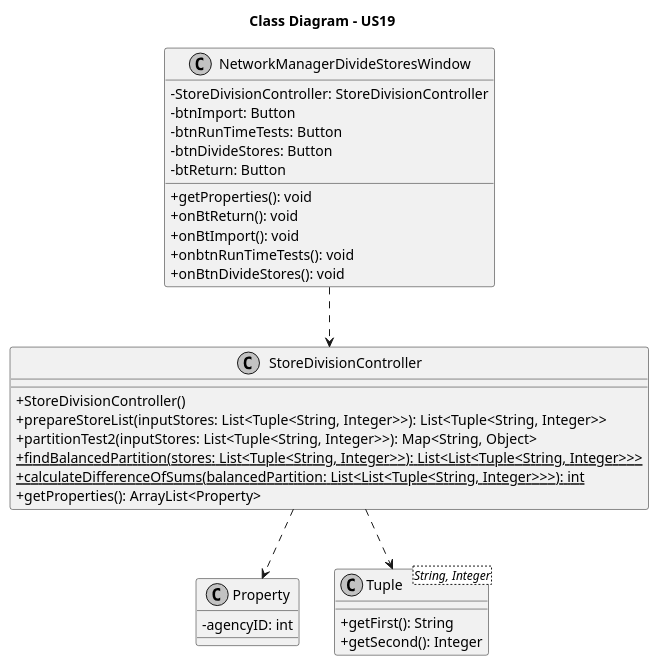
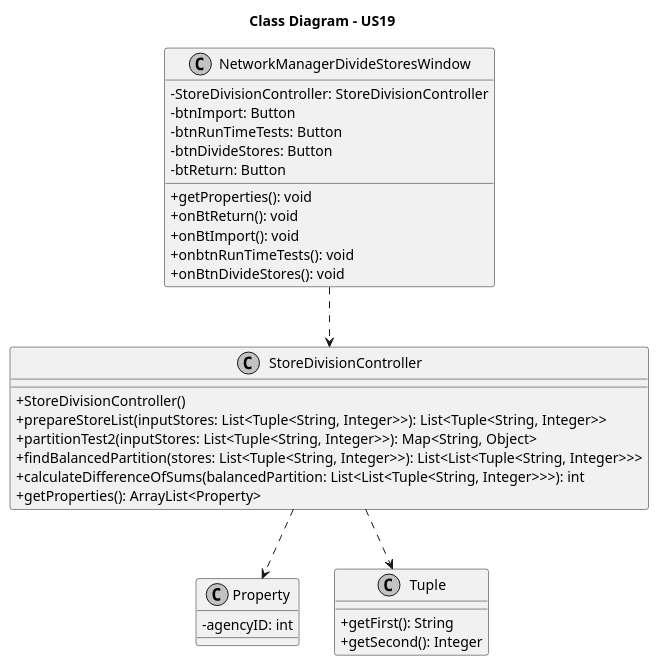
One commit to Goncalves2525/real-estate-management-system changed the diagram in docs/sprintD/us019/03.design/puml/us019-class-diagram.puml. Above: the diagram before and after it, drawn with PlantUML. The commit also changed 1 other file, not shown here.

Commit message:
[US019] Class Diagram change

```diff
--- a/docs/sprintD/us019/03.design/puml/us019-class-diagram.puml
+++ b/docs/sprintD/us019/03.design/puml/us019-class-diagram.puml
@@ -1,45 +1,46 @@
 @startuml
 skinparam monochrome true
 skinparam packageStyle rectangle
 skinparam shadowing false
 skinparam linetype polyline
 skinparam classAttributeIconSize 0
 
 title Class Diagram - US19
 
 class StoreDivisionController {
     + StoreDivisionController()
     + prepareStoreList(inputStores: List<Tuple<String, Integer>>): List<Tuple<String, Integer>>
     + partitionTest2(inputStores: List<Tuple<String, Integer>>): Map<String, Object>
-    + {static} findBalancedPartition(stores: List<Tuple<String, Integer>>): List<List<Tuple<String, Integer>>>
-    + {static} calculateDifferenceOfSums(balancedPartition: List<List<Tuple<String, Integer>>>): int
+    + findBalancedPartition(stores: List<Tuple<String, Integer>>): List<List<Tuple<String, Integer>>>
+    + calculateDifferenceOfSums(balancedPartition: List<List<Tuple<String, Integer>>>): int
     + getProperties(): ArrayList<Property>
 }
 
 class Property {
     - agencyID: int
 }
 
-class Tuple<String, Integer> {
+'class Tuple<String, Integer> {
+class Tuple {
     + getFirst(): String
     + getSecond(): Integer
 }
 
 class NetworkManagerDivideStoresWindow {
     - StoreDivisionController: StoreDivisionController
     - btnImport: Button
     - btnRunTimeTests: Button
     - btnDivideStores: Button
     - btReturn: Button
     + getProperties(): void
     + onBtReturn(): void
     + onBtImport(): void
     + onbtnRunTimeTests(): void
     + onBtnDivideStores(): void
 }
 
 StoreDivisionController ..> Property
 StoreDivisionController ..> Tuple
 NetworkManagerDivideStoresWindow ..> StoreDivisionController
 
 @enduml
```
